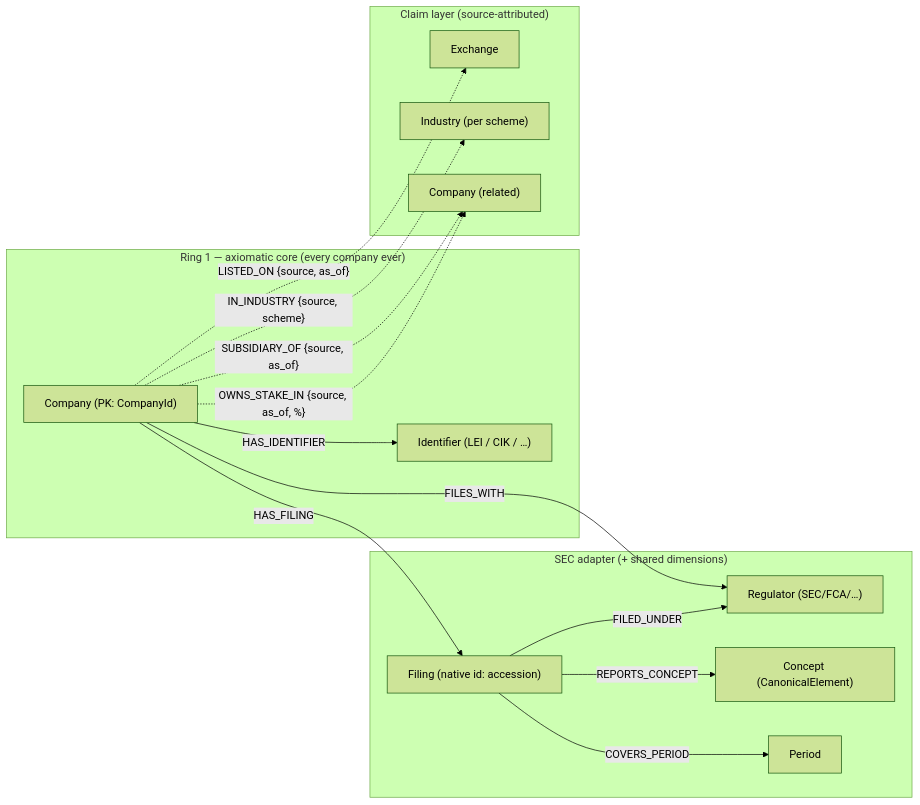
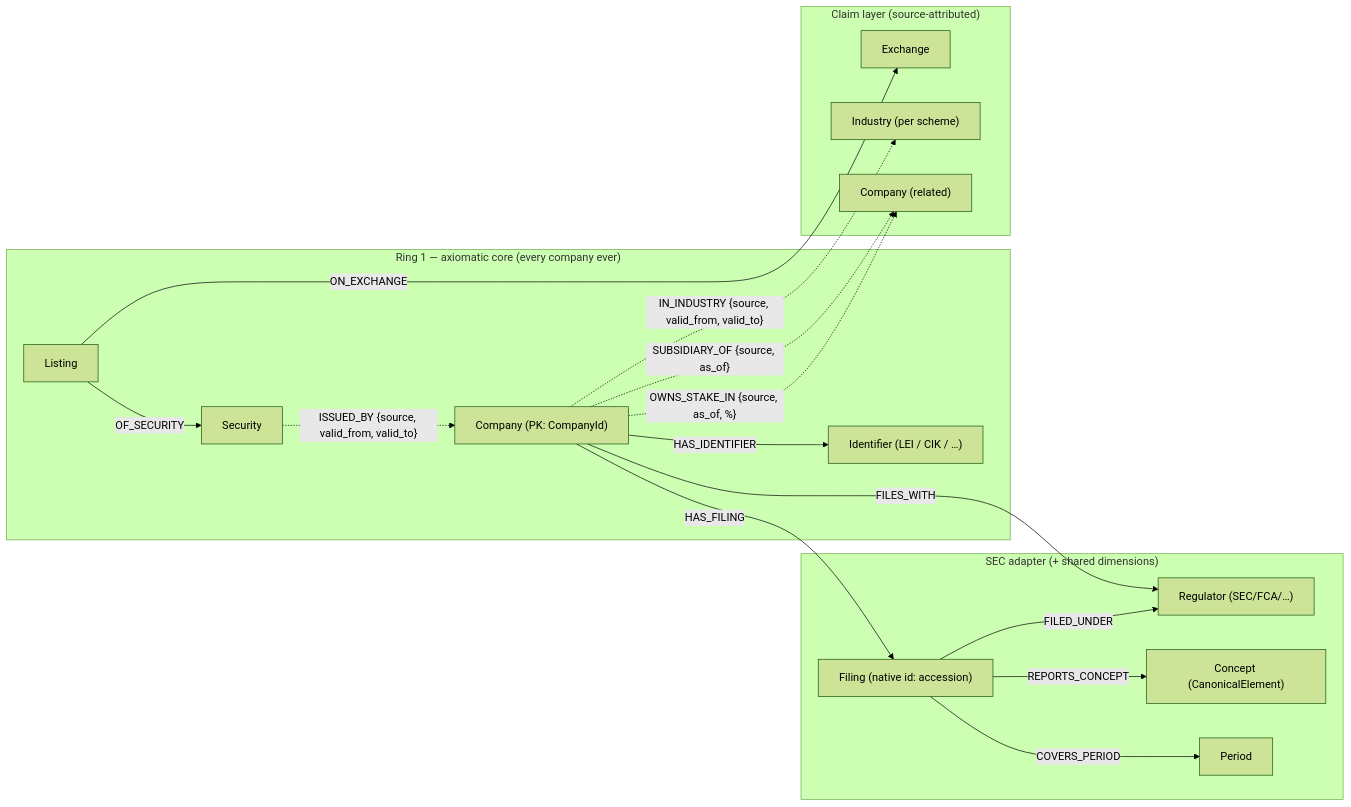
One commit to ironcapitaleu/arkad changed the second of 4 diagrams in sec/design/data_model/hybrid_data_model.md. Above: the diagram before and after it, drawn with Mermaid (forest theme). The commit also changed other lines of this file and 5 other files, not shown here.

````diff
--- a/sec/design/data_model/hybrid_data_model.md
+++ b/sec/design/data_model/hybrid_data_model.md
@@ -302,28 +313,32 @@
 ```mermaid
 graph LR
   subgraph CoreAx["Ring 1 — axiomatic core (every company ever)"]
     C["Company (PK: CompanyId)"]
     ID["Identifier (LEI / CIK / …)"]
+    S["Security"]
+    L["Listing"]
   end
   subgraph Adapter["SEC adapter (+ shared dimensions)"]
     R["Regulator (SEC/FCA/…)"]
     F["Filing (native id: accession)"]
     K["Concept (CanonicalElement)"]
     P["Period"]
   end
   subgraph Claims["Claim layer (source-attributed)"]
     E["Exchange"]
     I["Industry (per scheme)"]
     C2["Company (related)"]
   end
   C -- HAS_IDENTIFIER --> ID
   C -- HAS_FILING --> F
   C -- FILES_WITH --> R
   F -- FILED_UNDER --> R
   F -- COVERS_PERIOD --> P
   F -- REPORTS_CONCEPT --> K
-  C -. "LISTED_ON {source, as_of}" .-> E
-  C -. "IN_INDUSTRY {source, scheme}" .-> I
+  S -. "ISSUED_BY {source, valid_from, valid_to}" .-> C
+  L -- OF_SECURITY --> S
+  L -- ON_EXCHANGE --> E
+  C -. "IN_INDUSTRY {source, valid_from, valid_to}" .-> I
   C -. "SUBSIDIARY_OF {source, as_of}" .-> C2
   C -. "OWNS_STAKE_IN {source, as_of, %}" .-> C2
 ```
````
